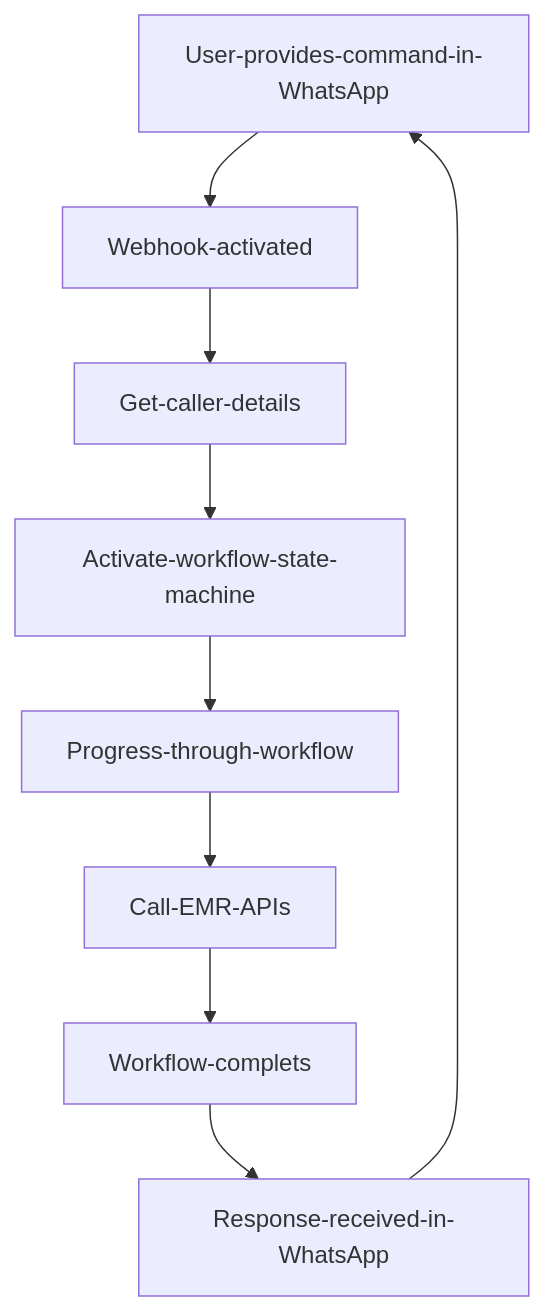
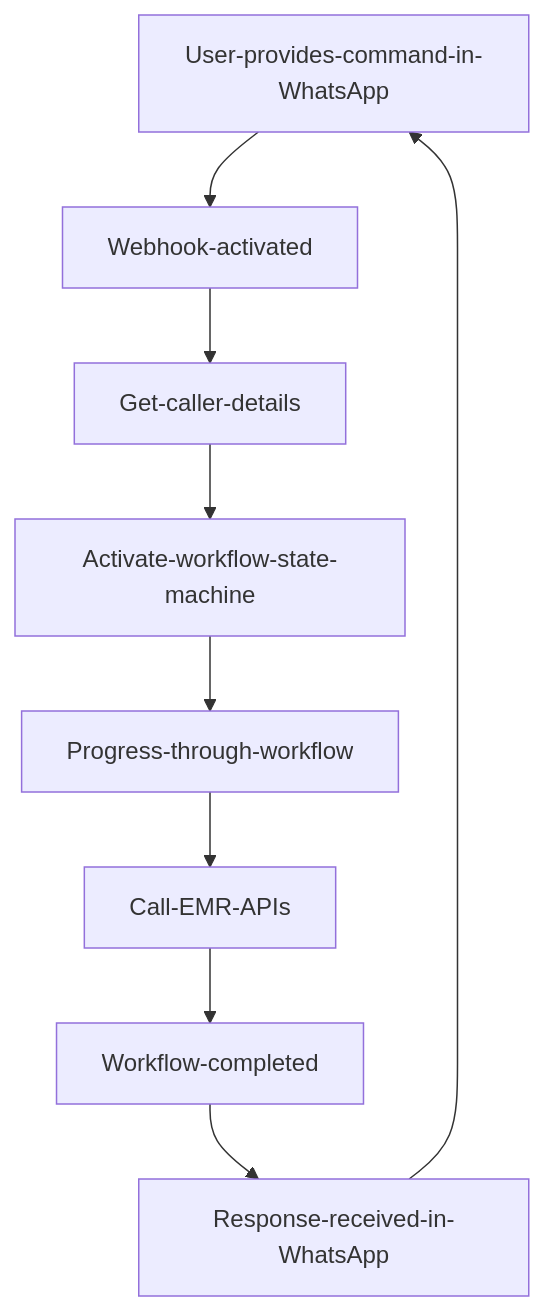
One commit to paragadev/whatsappbot-twilio-php-health changed the diagram in README.md. Above: the diagram before and after it, drawn with Mermaid.

````diff
--- a/README.md
+++ b/README.md
@@ -100,11 +100,11 @@
 ```mermaid
 graph TD;
     User-provides-command-in-WhatsApp-->Webhook-activated;
     Webhook-activated-->Get-caller-details;
     Get-caller-details-->Activate-workflow-state-machine;
     Activate-workflow-state-machine-->Progress-through-workflow;
     Progress-through-workflow-->Call-EMR-APIs;
-    Call-EMR-APIs-->Workflow-complets;
-    Workflow-complets-->Response-received-in-WhatsApp;
+    Call-EMR-APIs-->Workflow-completed;
+    Workflow-completed-->Response-received-in-WhatsApp;
     Response-received-in-WhatsApp-->User-provides-command-in-WhatsApp;
 ```
````
